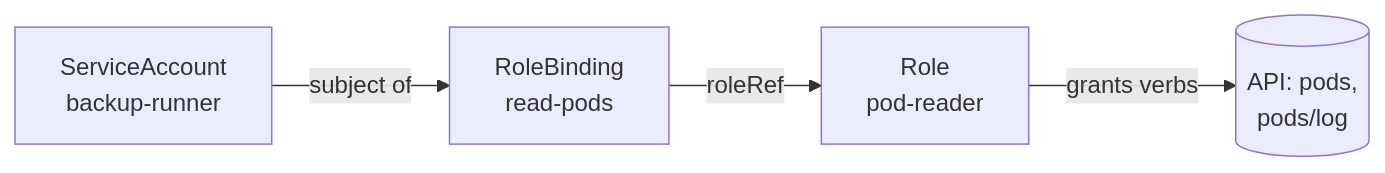
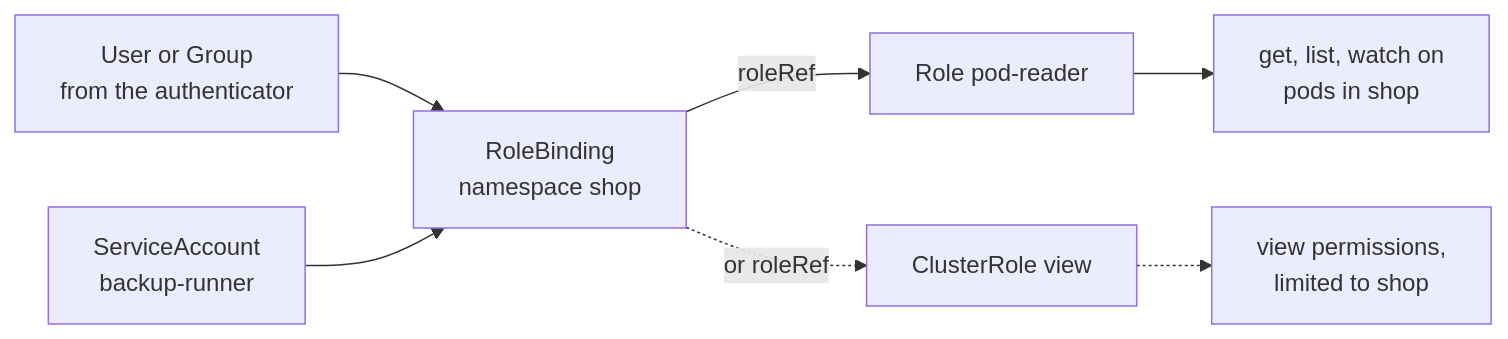
Before and after one commit to AndrewAltimit/Documentation: the fifth of 5 diagrams in github-pages/docs/technology/kubernetes/fundamentals-networking.md, drawn with Mermaid. The commit also changed other lines of this file and 240 other files, not shown here.

````diff
--- a/github-pages/docs/technology/kubernetes/fundamentals-networking.md
+++ b/github-pages/docs/technology/kubernetes/fundamentals-networking.md
@@ -500,6 +554,9 @@
 ```mermaid
 flowchart LR
-    SA[ServiceAccount<br/>backup-runner] -->|subject of| RB[RoleBinding<br/>read-pods]
-    RB -->|roleRef| R[Role<br/>pod-reader]
-    R -->|grants verbs| API[(API: pods,<br/>pods/log)]
+    U["User or Group<br/>from the authenticator"] --> RB["RoleBinding<br/>namespace shop"]
+    SA["ServiceAccount<br/>backup-runner"] --> RB
+    RB -->|roleRef| R["Role pod-reader"]
+    RB -.->|"or roleRef"| CR["ClusterRole view"]
+    R --> P["get, list, watch on<br/>pods in shop"]
+    CR -.-> P2["view permissions,<br/>limited to shop"]
 ```
````
